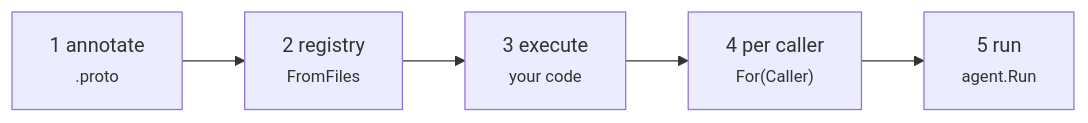
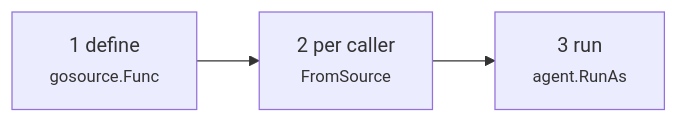
One commit to mukezhz/codemode changed the first of 2 diagrams in docs/content/index.md. Above: the diagram before and after it, drawn with Mermaid. The commit also changed other lines of this file and 15 other files, not shown here.

````diff
--- a/docs/content/index.md
+++ b/docs/content/index.md
@@ -70,7 +76,5 @@
 ```mermaid
 flowchart LR
-  a["1 annotate<br/><small>.proto</small>"] --> b["2 registry<br/><small>FromFiles</small>"]
-  b --> c["3 execute<br/><small>your code</small>"]
-  c --> d["4 per caller<br/><small>For(Caller)</small>"]
-  d --> e["5 run<br/><small>agent.Run</small>"]
+  a["1 define<br/><small>gosource.Func</small>"] --> b["2 per caller<br/><small>FromSource</small>"]
+  b --> c["3 run<br/><small>agent.RunAs</small>"]
 ```
````
